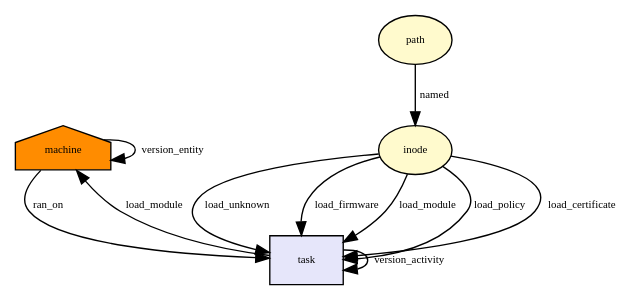
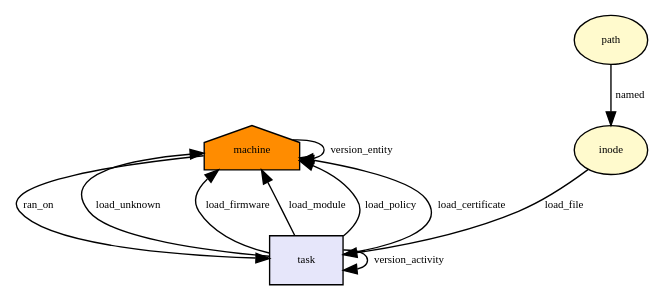
One commit to CamFlow/camflow-dev changed the diagram in docs/dot/kernel_read_file.dot. Above: the diagram before and after it, drawn with Graphviz. The commit also changed 7 other files, not shown here.

```diff
--- a/docs/dot/kernel_read_file.dot
+++ b/docs/dot/kernel_read_file.dot
@@ -1,29 +1,29 @@
 digraph RGL__DirectedAdjacencyGraph {machine[fontsize = 8,label = machine,shape = house, fillcolor="#ff8c00", style = filled]
 
 task[fontsize = 8,label = task,shape = rectangle, fillcolor="#e6e6fa", style = filled]
 
 machine -> task[fontsize = 8,label = ran_on]
 
 path[fontsize = 8,label = path,shape = ellipse, fillcolor="#fffacd", style = filled]
 
 inode[fontsize = 8,label = inode,shape = ellipse, fillcolor="#fffacd", style = filled]
 
 path -> inode[fontsize = 8,label = named]
 
-inode -> task[fontsize = 8,label = load_unknown]
+inode -> task[fontsize = 8,label = load_file]
 
 task -> task[fontsize = 8,label = version_activity]
 
-task -> machine[fontsize = 8,label = load_module]
+task -> machine[fontsize = 8,label = load_unknown]
 
 machine -> machine[fontsize = 8,label = version_entity]
 
-inode -> task[fontsize = 8,label = load_firmware]
+task -> machine[fontsize = 8,label = load_firmware]
 
-inode -> task[fontsize = 8,label = load_module]
+task -> machine[fontsize = 8,label = load_module]
 
-inode -> task[fontsize = 8,label = load_policy]
+task -> machine[fontsize = 8,label = load_policy]
 
-inode -> task[fontsize = 8,label = load_certificate]
+task -> machine[fontsize = 8,label = load_certificate]
 
 }
```
